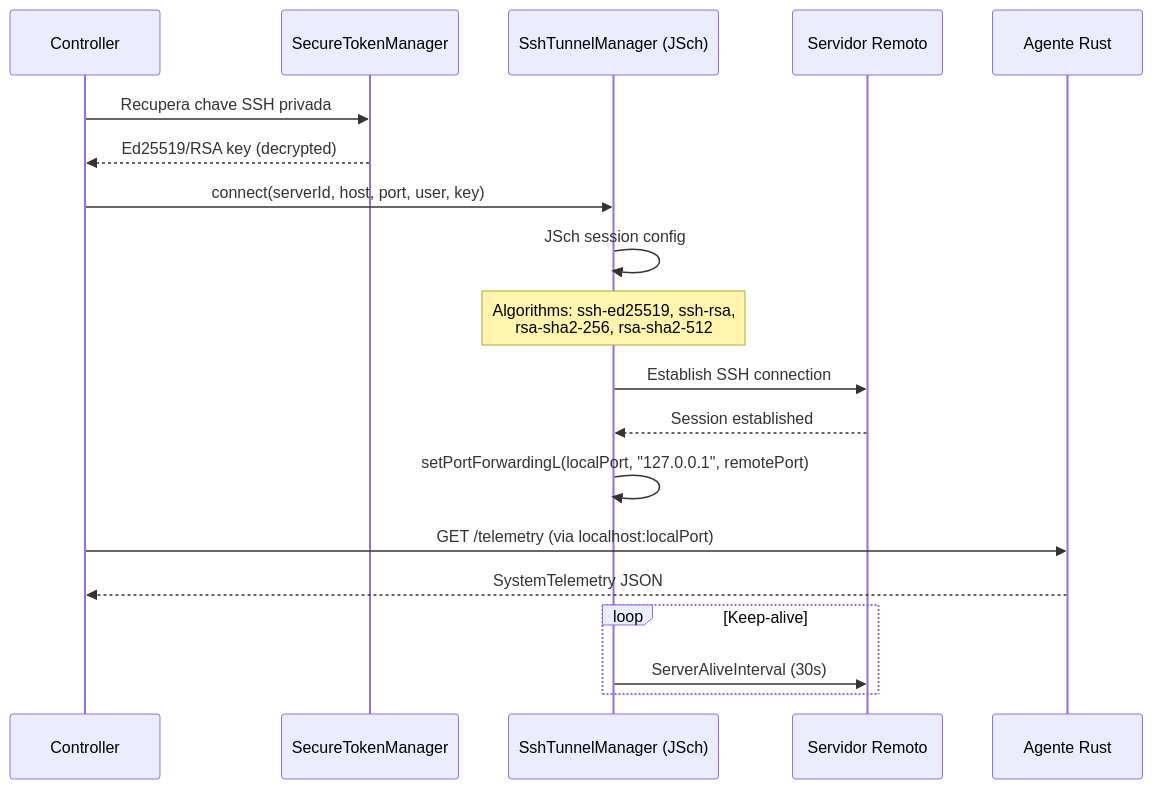
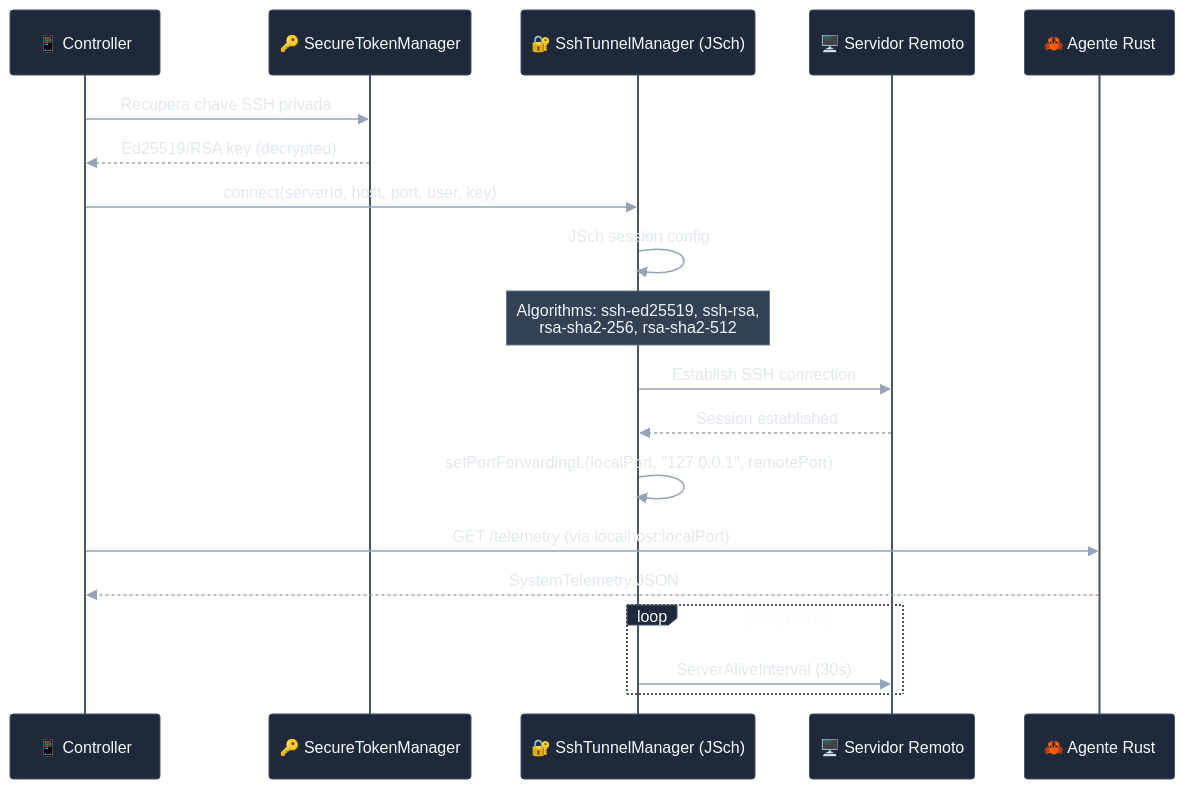
Before and after one commit to Munique-Feitoza/server-controller: diagram 11 of 15 in docs/ANDROID_APP.md, drawn with Mermaid. The commit also changed other lines of this file and 8 other files, not shown here.

First line of the commit message:
docs: aplicar tema visual consistente nos diagramas mermaid

````diff
--- a/docs/ANDROID_APP.md
+++ b/docs/ANDROID_APP.md
@@ -449,25 +597,26 @@
 ```mermaid
+%%{init: { "theme": "base", "themeVariables": { "fontFamily": "Inter, sans-serif", "primaryColor": "#1e293b", "primaryTextColor": "#f8fafc", "primaryBorderColor": "#334155", "actorBkg": "#1e293b", "actorBorder": "#475569", "actorTextColor": "#f8fafc", "signalColor": "#94a3b8", "signalTextColor": "#e2e8f0", "noteBkgColor": "#334155", "noteTextColor": "#f1f5f9", "noteBorderColor": "#64748b" } }}%%
 sequenceDiagram
-    participant App as Controller
-    participant STM as SecureTokenManager
-    participant SSH as SshTunnelManager (JSch)
-    participant Server as Servidor Remoto
-    participant Agent as Agente Rust
+    participant App as 📱 Controller
+    participant STM as 🔑 SecureTokenManager
+    participant SSH as 🔐 SshTunnelManager (JSch)
+    participant Server as 🖥️ Servidor Remoto
+    participant Agent as 🦀 Agente Rust
 
     App->>STM: Recupera chave SSH privada
     STM-->>App: Ed25519/RSA key (decrypted)
 
     App->>SSH: connect(serverId, host, port, user, key)
     SSH->>SSH: JSch session config
     Note over SSH: Algorithms: ssh-ed25519, ssh-rsa,<br/>rsa-sha2-256, rsa-sha2-512
     SSH->>Server: Establish SSH connection
     Server-->>SSH: Session established
     SSH->>SSH: setPortForwardingL(localPort, "127.0.0.1", remotePort)
 
     App->>Agent: GET /telemetry (via localhost:localPort)
     Agent-->>App: SystemTelemetry JSON
 
     loop Keep-alive
         SSH->>Server: ServerAliveInterval (30s)
     end
 ```
````
